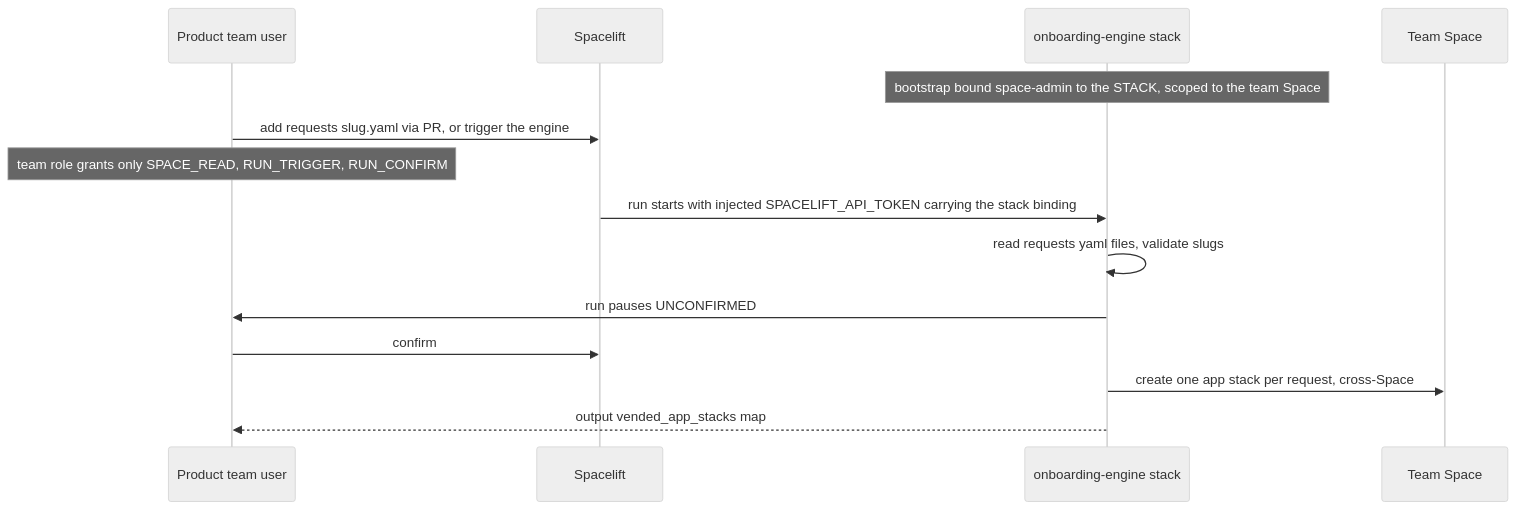
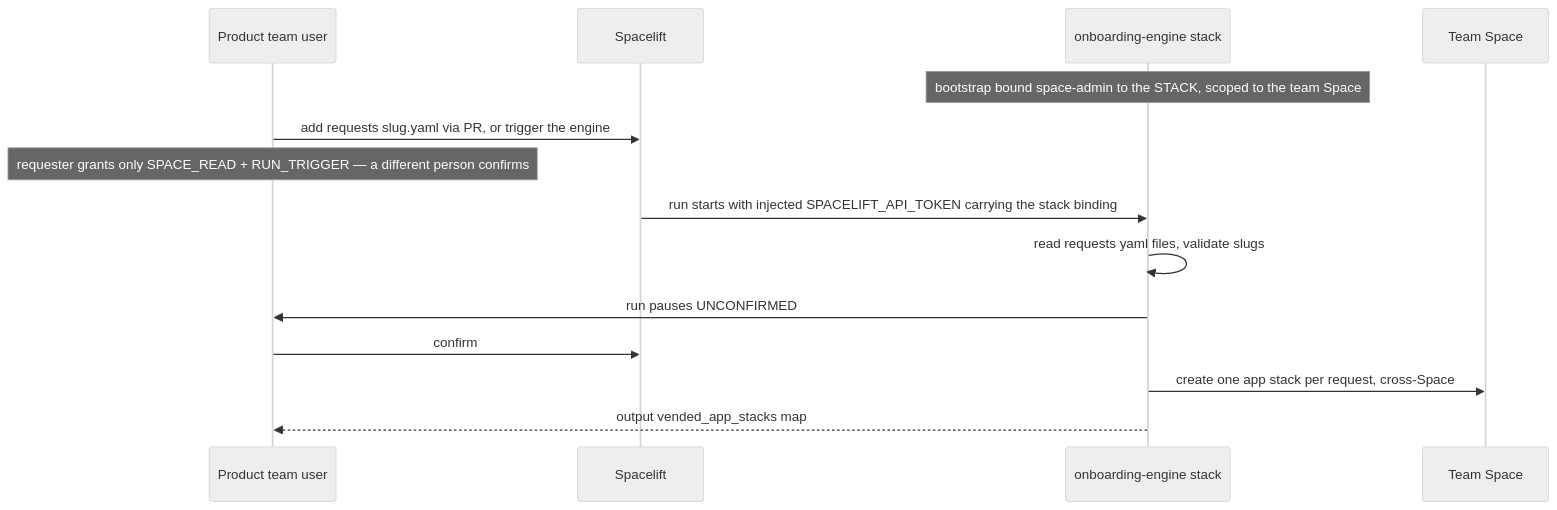
The eighth of 10 diagrams in docs/WORKFLOWS.md (Jnesspace/platform-engineering), drawn with Mermaid (neutral theme) before and after one commit. The commit also changed other lines of this file and 237 other files, not shown here.

````diff
--- a/docs/WORKFLOWS.md
+++ b/docs/WORKFLOWS.md
@@ -364,17 +377,17 @@
 ```mermaid
 sequenceDiagram
     participant User as Product team user
     participant SL as Spacelift
     participant Engine as onboarding-engine stack
     participant Team as Team Space
 
     Note over Engine: bootstrap bound space-admin to the STACK, scoped to the team Space
     User->>SL: add requests slug.yaml via PR, or trigger the engine
-    Note over User: team role grants only SPACE_READ, RUN_TRIGGER, RUN_CONFIRM
+    Note over User: requester grants only SPACE_READ + RUN_TRIGGER — a different person confirms
     SL->>Engine: run starts with injected SPACELIFT_API_TOKEN carrying the stack binding
     Engine->>Engine: read requests yaml files, validate slugs
     Engine->>User: run pauses UNCONFIRMED
     User->>SL: confirm
     Engine->>Team: create one app stack per request, cross-Space
     Engine-->>User: output vended_app_stacks map
 ```
````
